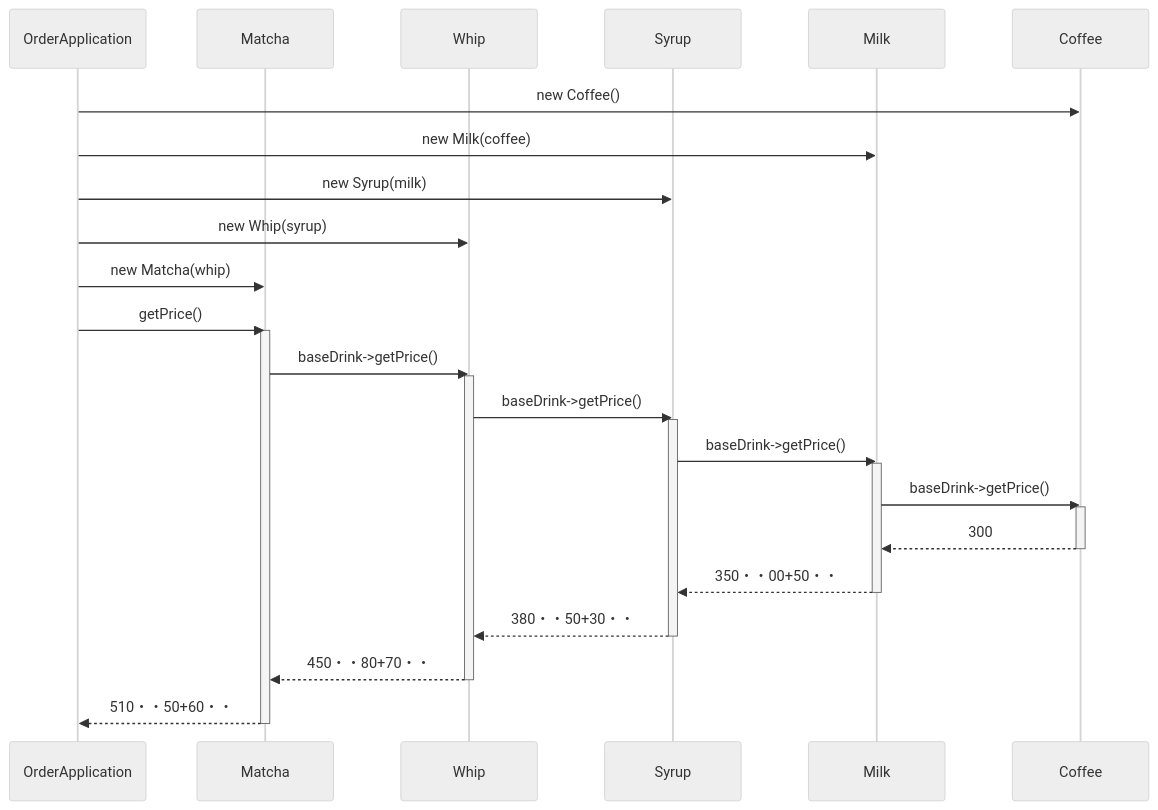
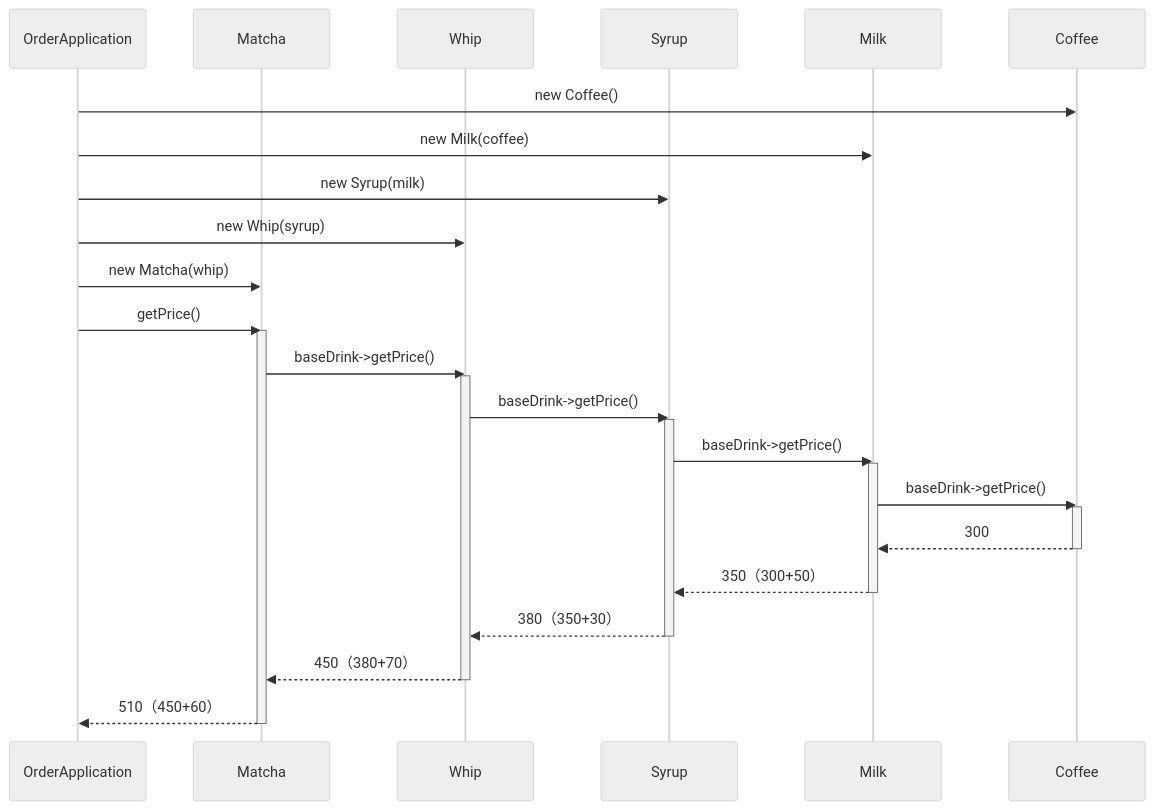
The third of 5 diagrams in kindle/design-patterns/output/chapter06.md (kumachan1101-pixel/DesignPattern), drawn with Mermaid (neutral theme) before and after one commit. The commit also changed other lines of this file and 5 other files, not shown here.

````diff
--- a/kindle/design-patterns/output/chapter06.md
+++ b/kindle/design-patterns/output/chapter06.md
@@ -1144,35 +1143,35 @@
 ```mermaid
 sequenceDiagram
     participant OA as OrderApplication
     participant Ma as Matcha
     participant Wh as Whip
     participant Sy as Syrup
     participant Mi as Milk
     participant C as Coffee
 
     OA->>C: new Coffee()
     OA->>Mi: new Milk(coffee)
     OA->>Sy: new Syrup(milk)
     OA->>Wh: new Whip(syrup)
     OA->>Ma: new Matcha(whip)
     OA->>Ma: getPrice()
     activate Ma
     Ma->>Wh: baseDrink->getPrice()
     activate Wh
     Wh->>Sy: baseDrink->getPrice()
     activate Sy
     Sy->>Mi: baseDrink->getPrice()
     activate Mi
     Mi->>C: baseDrink->getPrice()
     activate C
     C-->>Mi: 300
     deactivate C
-    Mi-->>Sy: 350・・00+50・・
+    Mi-->>Sy: 350（300+50）
     deactivate Mi
-    Sy-->>Wh: 380・・50+30・・
+    Sy-->>Wh: 380（350+30）
     deactivate Sy
-    Wh-->>Ma: 450・・80+70・・
+    Wh-->>Ma: 450（380+70）
     deactivate Wh
-    Ma-->>OA: 510・・50+60・・
+    Ma-->>OA: 510（450+60）
     deactivate Ma
 ```
````
